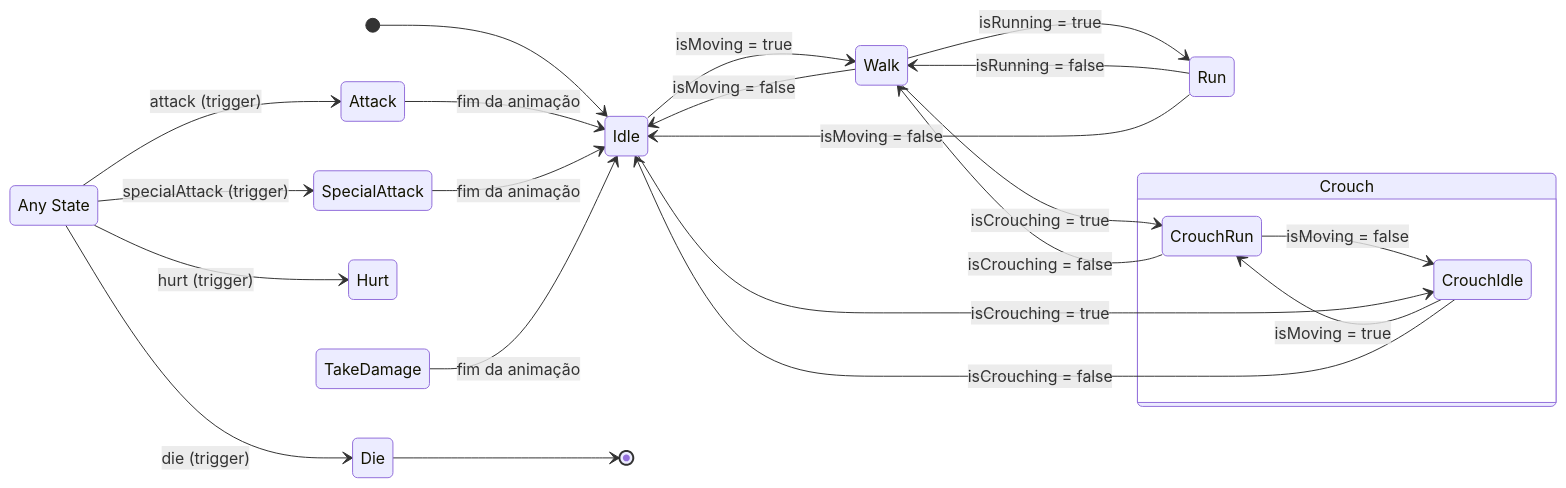
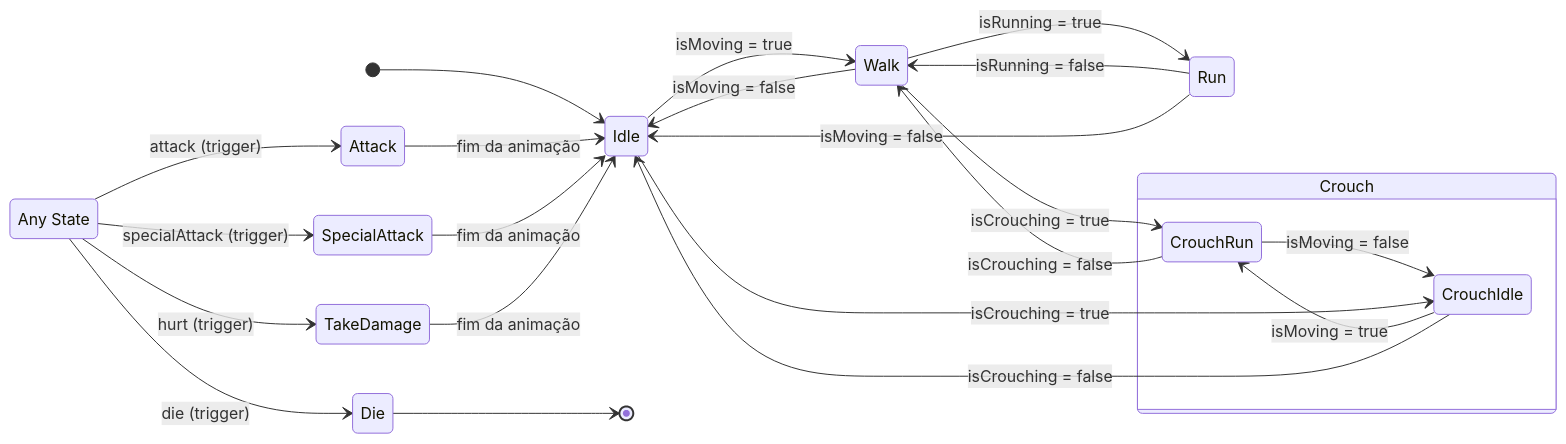
One commit to 4ferfer2l8/ProvaIA changed the diagram in README.md. Above: the diagram before and after it, drawn with Mermaid.

Commit message:
Rename Hurt state to TakeDamage in README

````diff
--- a/README.md
+++ b/README.md
@@ -21,37 +21,37 @@
 ```mermaid
 stateDiagram-v2
     direction LR
 
     [*] --> Idle
 
     Idle --> Walk: isMoving = true
     Walk --> Idle: isMoving = false
 
     Walk --> Run: isRunning = true
     Run --> Walk: isRunning = false
     Run --> Idle: isMoving = false
 
     state Crouch {
         direction LR
         CrouchIdle --> CrouchRun: isMoving = true
         CrouchRun --> CrouchIdle: isMoving = false
     }
 
     Idle --> CrouchIdle: isCrouching = true
     CrouchIdle --> Idle: isCrouching = false
     Walk --> CrouchRun: isCrouching = true
     CrouchRun --> Walk: isCrouching = false
 
     state "Any State" as AnyState
 
     AnyState --> Attack: attack (trigger)
     AnyState --> SpecialAttack: specialAttack (trigger)
-    AnyState --> Hurt: hurt (trigger)
+    AnyState --> TakeDamage: hurt (trigger)
     AnyState --> Die: die (trigger)
 
     Attack --> Idle: fim da animação
     SpecialAttack --> Idle: fim da animação
     TakeDamage --> Idle: fim da animação
 
     Die --> [*]
 ```
````
